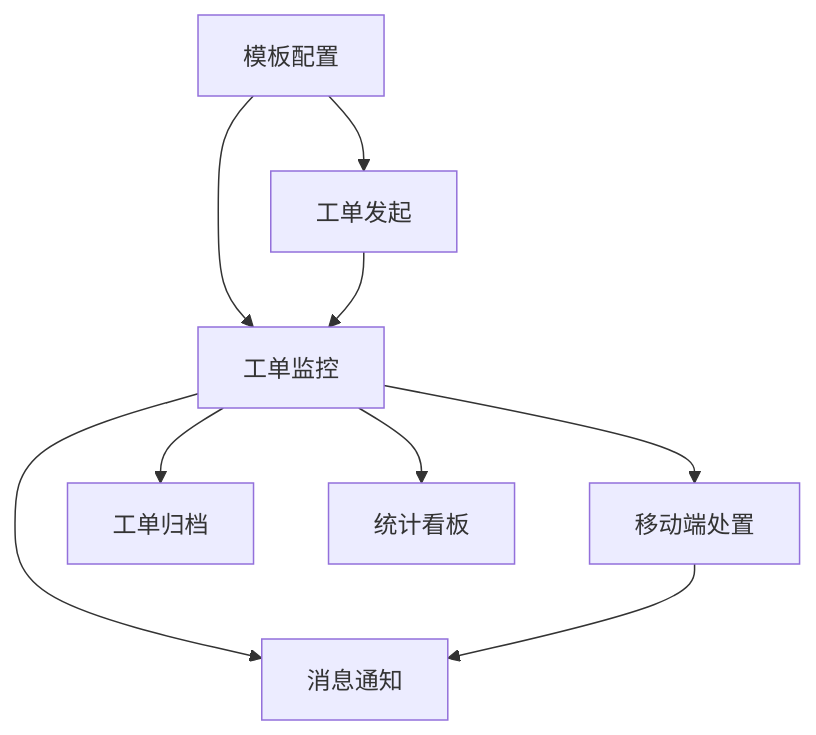
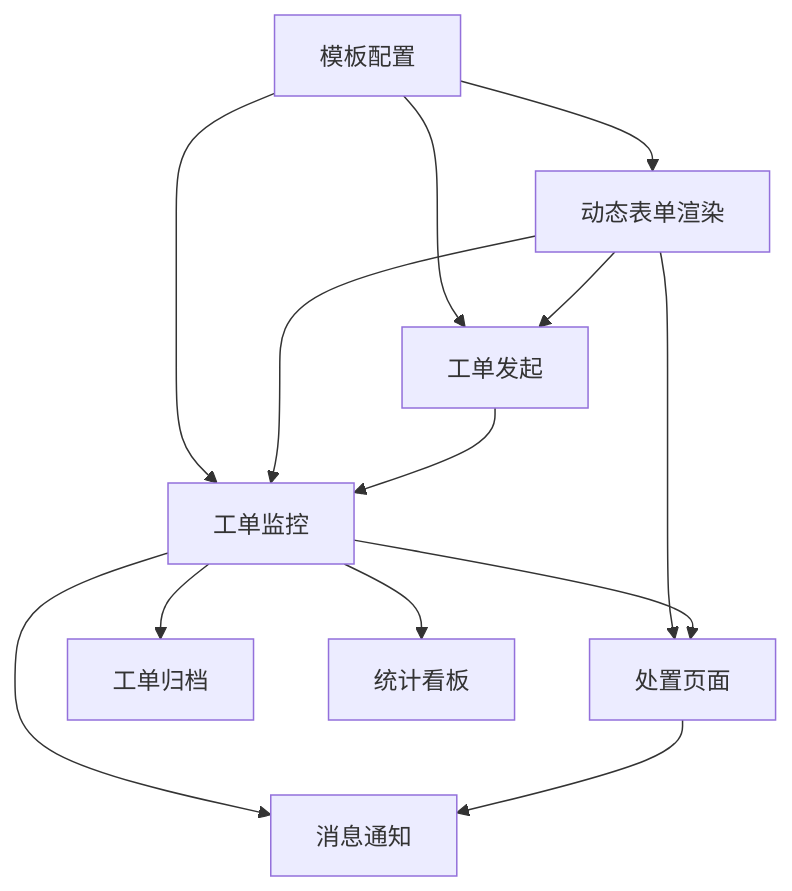
Before and after one commit to LiSunny/SaaS_Demo: the diagram in docs/design/工单管理/module-plan.md, drawn with Mermaid. The commit also changed other lines of this file and 62 other files, not shown here.

````diff
--- a/docs/design/工单管理/module-plan.md
+++ b/docs/design/工单管理/module-plan.md
@@ -112,11 +133,15 @@
 ```mermaid
 graph TD
-    M0[模板配置] --> M2[工单发起]
+    M0[模板配置] --> M-N[动态表单渲染]
+    M0 --> M2[工单发起]
     M0 --> M1[工单监控]
+    M-N --> M2
+    M-N --> M3[处置页面]
+    M-N --> M1
     M2 --> M1
-    M1 --> M3[移动端处置]
+    M1 --> M3
     M1 --> M4[工单归档]
     M1 --> M5[统计看板]
     M1 --> M6[消息通知]
     M3 --> M6
 ```
````
